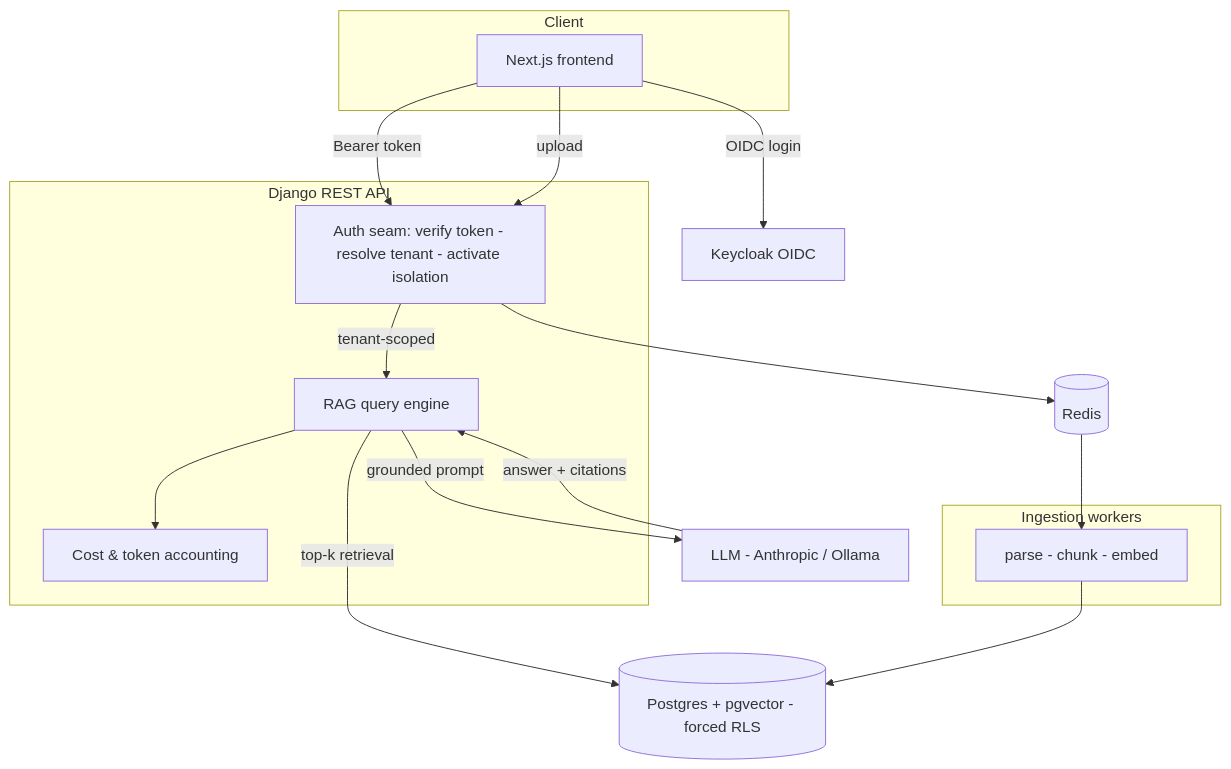
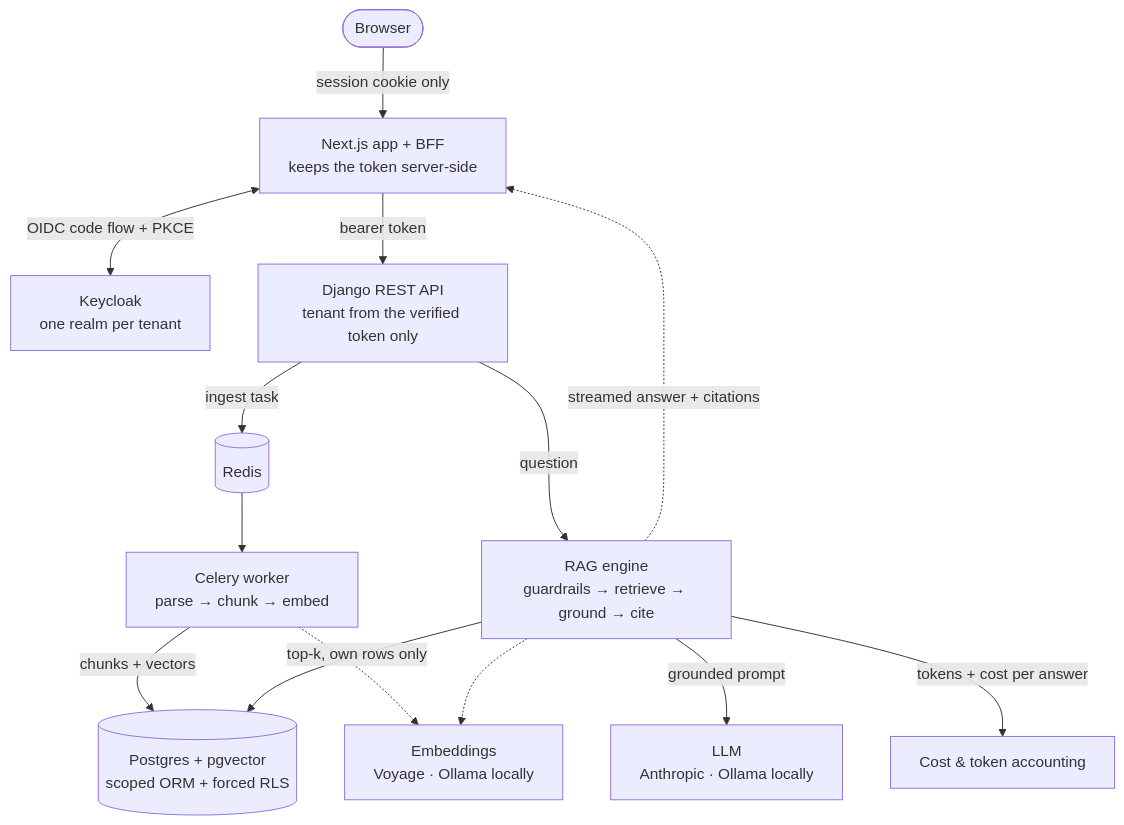
One commit to rbalukja15/tenantiq changed the diagram in docs/architecture.md. Above: the diagram before and after it, drawn with Mermaid. The commit also changed other lines of this file and 1 other file, not shown here.

First paragraph of the commit message:
docs: an architecture diagram that matches the code (#28) (#102)
* docs: an architecture diagram that matches the code (#28)

````diff
--- a/docs/architecture.md
+++ b/docs/architecture.md
@@ -8,27 +8,15 @@
 ```mermaid
 flowchart TB
-    subgraph Client
-      FE[Next.js frontend]
-    end
-    subgraph API[Django REST API]
-      SEAM[Auth seam: verify token - resolve tenant - activate isolation]
-      RAG[RAG query engine]
-      COST[Cost & token accounting]
-    end
-    subgraph Async[Ingestion workers]
-      ING[parse - chunk - embed]
-    end
-    AUTH[Keycloak OIDC]
-    PG[(Postgres + pgvector - forced RLS)]
-    RDS[(Redis)]
-    LLM[LLM - Anthropic / Ollama]
-
-    FE -->|OIDC login| AUTH
-    FE -->|Bearer token| SEAM
-    SEAM -->|tenant-scoped| RAG
-    RAG -->|top-k retrieval| PG
-    RAG -->|grounded prompt| LLM
-    LLM -->|answer + citations| RAG
-    FE -->|upload| SEAM --> RDS --> ING --> PG
-    RAG --> COST
+    B([Browser]) -->|session cookie only| BFF["Next.js app + BFF<br/>keeps the token server-side"]
+    BFF <-->|OIDC code flow + PKCE| KC["Keycloak<br/>one realm per tenant"]
+    BFF -->|bearer token| API["Django REST API<br/>tenant from the verified token only"]
+    API -->|ingest task| R[(Redis)]
+    R --> W["Celery worker<br/>parse → chunk → embed"]
+    W -->|chunks + vectors| PG[("Postgres + pgvector<br/>scoped ORM + forced RLS")]
+    API -->|question| ASK["RAG engine<br/>guardrails → retrieve → ground → cite"]
+    ASK -->|top-k, own rows only| PG
+    ASK -->|grounded prompt| LLM["LLM<br/>Anthropic · Ollama locally"]
+    W & ASK -.-> EMB["Embeddings<br/>Voyage · Ollama locally"]
+    ASK -->|tokens + cost per answer| COST[Cost & token accounting]
+    ASK -.->|streamed answer + citations| BFF
 ```
````
